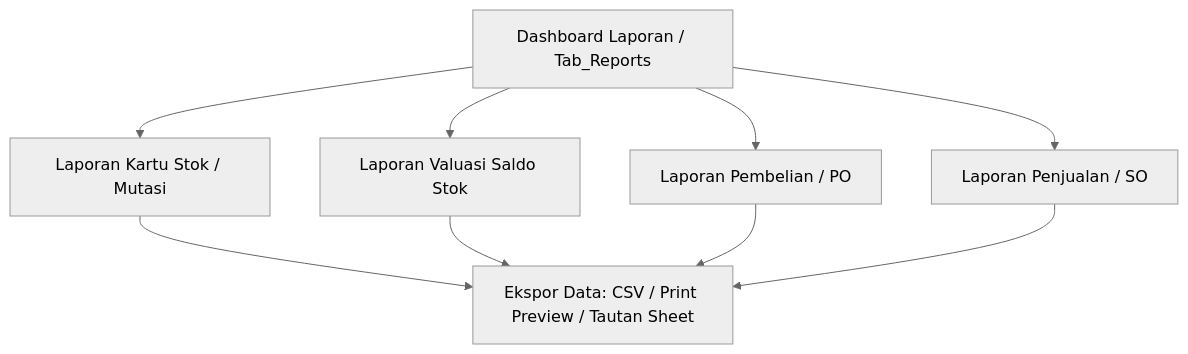
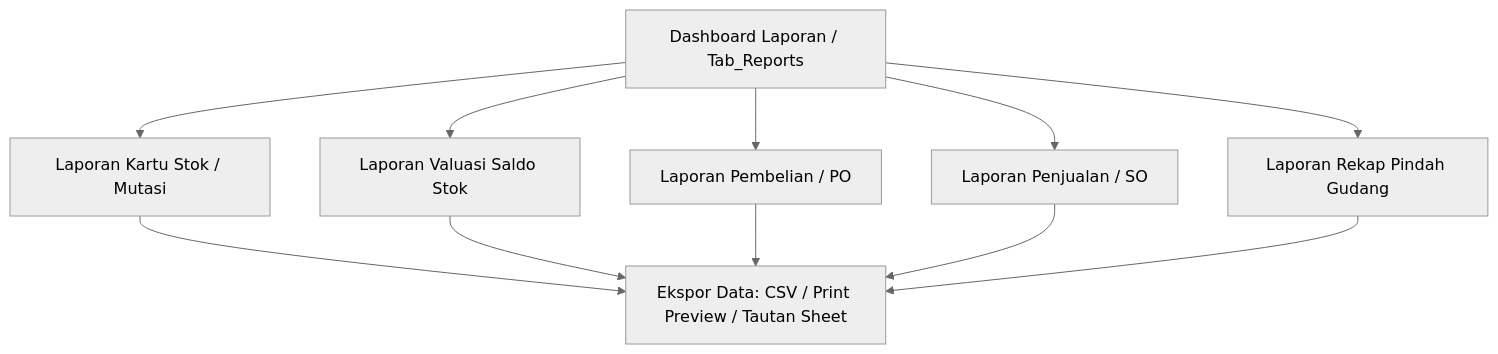
One commit to ifankang/gas-modular changed the third of 3 diagrams in plan.md. Above: the diagram before and after it, drawn with Mermaid (neutral theme). The commit also changed other lines of this file, not shown here.

````diff
--- a/plan.md
+++ b/plan.md
@@ -167,13 +233,15 @@
 ```mermaid
 graph TD
     Reports[Dashboard Laporan / Tab_Reports]
     Reports --> R1[Laporan Kartu Stok / Mutasi]
     Reports --> R2[Laporan Valuasi Saldo Stok]
     Reports --> R3[Laporan Pembelian / PO]
     Reports --> R4[Laporan Penjualan / SO]
+    Reports --> R5[Laporan Rekap Pindah Gudang]
 
     R1 --> Exp[Ekspor Data: CSV / Print Preview / Tautan Sheet]
     R2 --> Exp
     R3 --> Exp
     R4 --> Exp
+    R5 --> Exp
 ```
````
